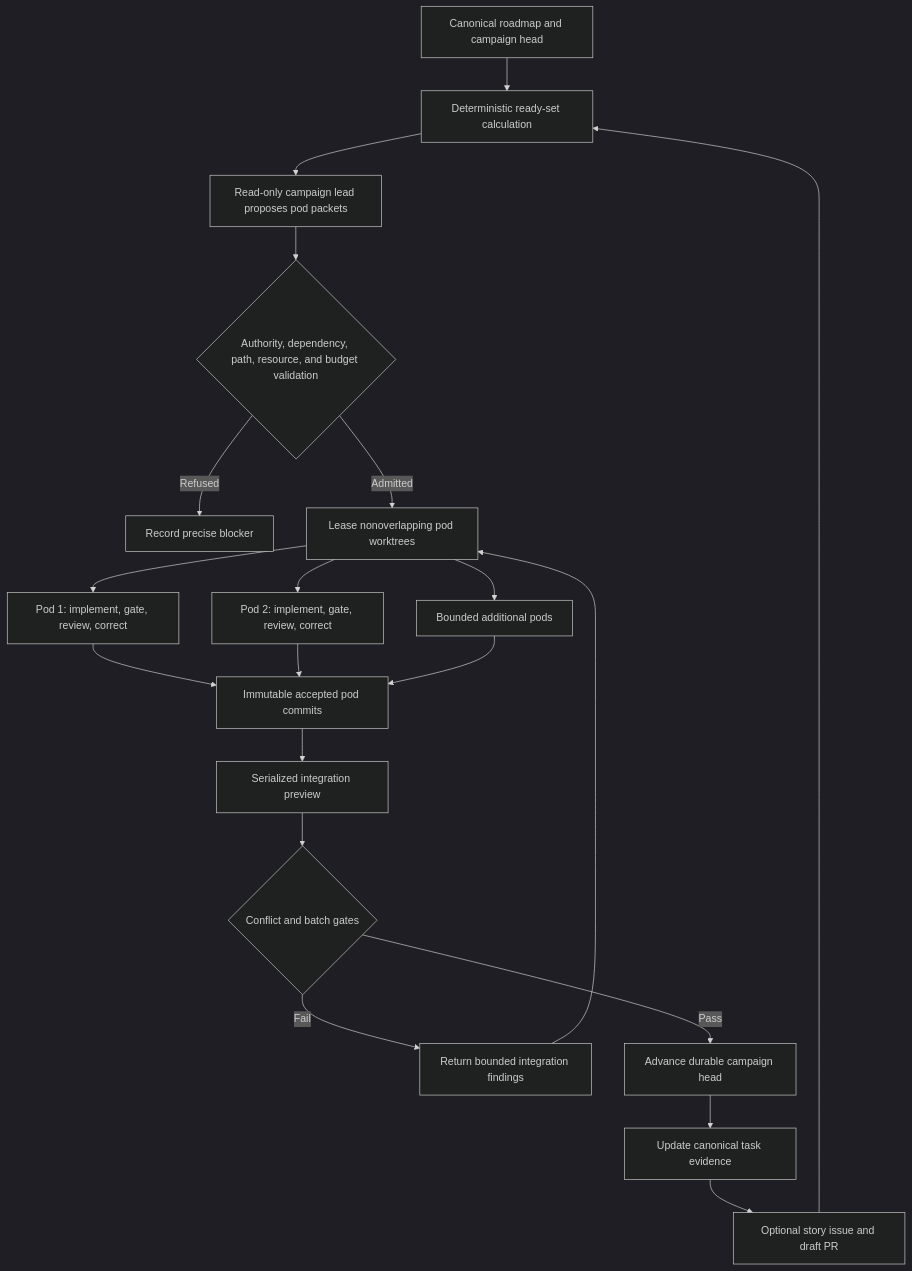
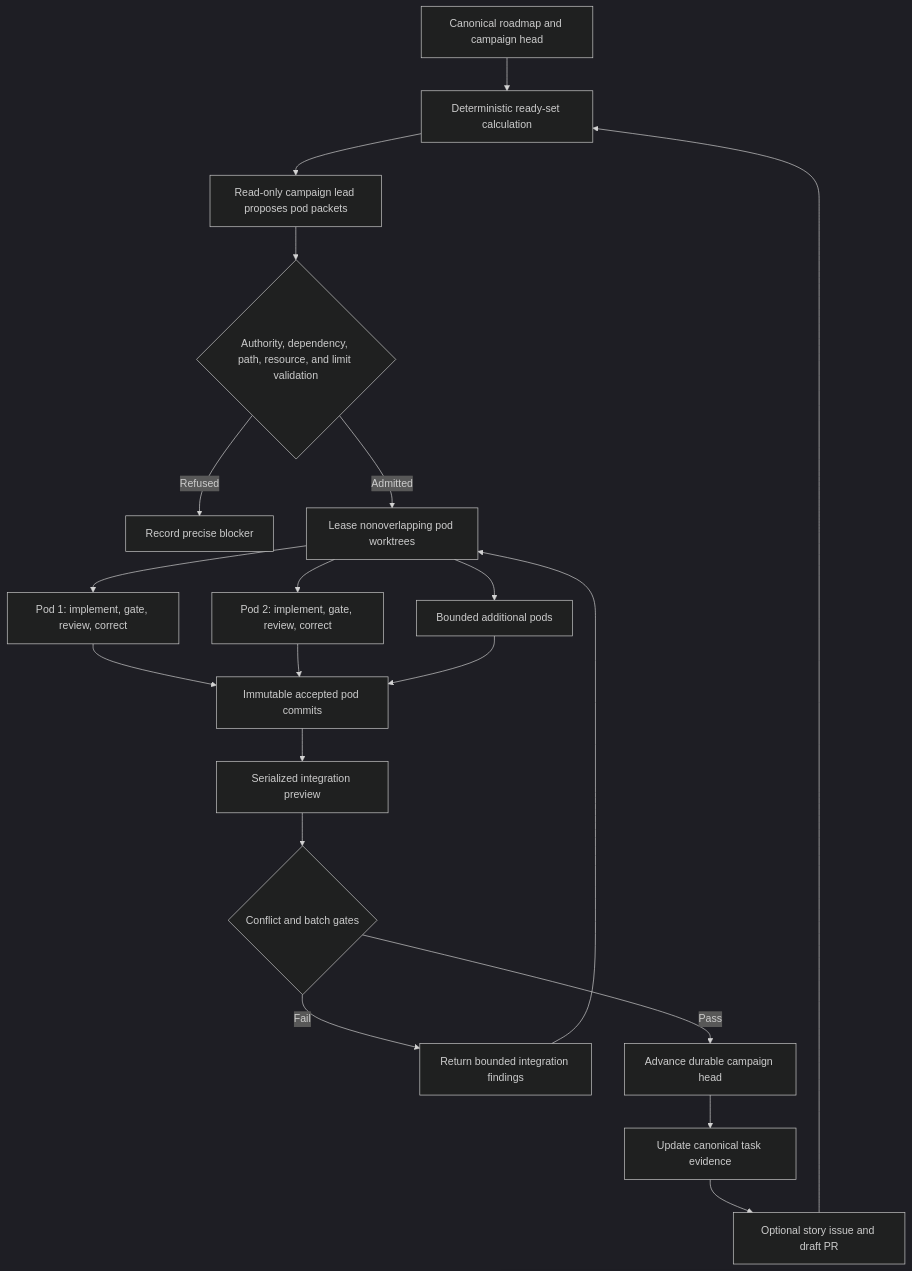
Before and after one commit to AaronNHorvitz/CodingMage: the diagram in docs/architecture/hierarchical-campaigns.md, drawn with Mermaid (dark theme). The commit also changed other lines of this file and 21 other files, not shown here.

````diff
--- a/docs/architecture/hierarchical-campaigns.md
+++ b/docs/architecture/hierarchical-campaigns.md
@@ -24,24 +24,24 @@
 ```mermaid
 flowchart TD
     A[Canonical roadmap and campaign head] --> B[Deterministic ready-set calculation]
     B --> C[Read-only campaign lead proposes pod packets]
-    C --> D{Authority, dependency, path, resource, and budget validation}
+    C --> D{Authority, dependency, path, resource, and limit validation}
     D -- Refused --> E[Record precise blocker]
     D -- Admitted --> F[Lease nonoverlapping pod worktrees]
 
     F --> P1[Pod 1: implement, gate, review, correct]
     F --> P2[Pod 2: implement, gate, review, correct]
     F --> PN[Bounded additional pods]
 
     P1 --> G[Immutable accepted pod commits]
     P2 --> G
     PN --> G
     G --> H[Serialized integration preview]
     H --> I{Conflict and batch gates}
     I -- Fail --> J[Return bounded integration findings]
     J --> F
     I -- Pass --> K[Advance durable campaign head]
     K --> L[Update canonical task evidence]
     L --> M[Optional story issue and draft PR]
     M --> B
 ```
````
